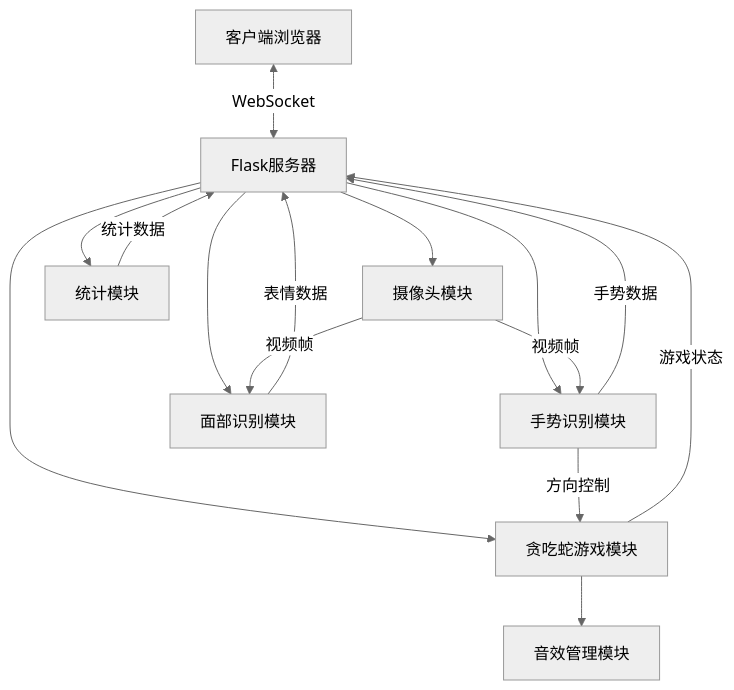
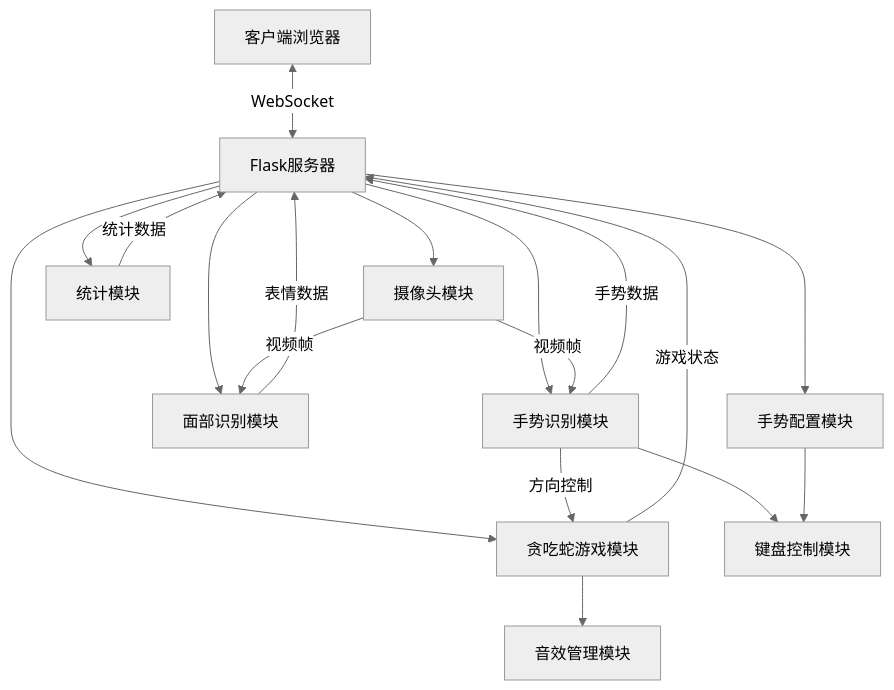
One commit to lessismoretest/NowYouSeeMe changed the diagram in README.md. Above: the diagram before and after it, drawn with Mermaid (neutral theme). The commit also changed other lines of this file and 8 other files, not shown here.

````diff
--- a/README.md
+++ b/README.md
@@ -16,18 +17,21 @@
 ```mermaid
 graph TD
     A[客户端浏览器] <-->|WebSocket| B[Flask服务器]
     B --> C[摄像头模块]
     B --> D[手势识别模块]
     B --> E[面部识别模块]
     B --> F[贪吃蛇游戏模块]
     B --> G[统计模块]
+    B --> I[手势配置模块]
     F --> H[音效管理模块]
+    D --> J[键盘控制模块]
+    I --> J
     
     C -->|视频帧| D
     C -->|视频帧| E
     D -->|手势数据| B
     E -->|表情数据| B
     D -->|方向控制| F
     F -->|游戏状态| B
     G -->|统计数据| B
 ```
````
